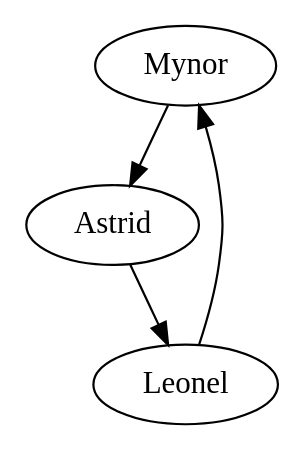
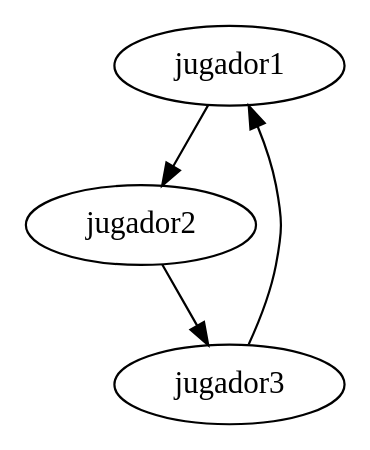
One commit to Mynor16/Practica1s12017_201213197 changed the diagram in src/PLCircular/GraficaListaCircular.dot. Above: the diagram before and after it, drawn with Graphviz. The commit also changed 11 other files, not shown here.

```diff
--- a/src/PLCircular/GraficaListaCircular.dot
+++ b/src/PLCircular/GraficaListaCircular.dot
@@ -1,8 +1,8 @@
 digraph G 
- {Mynor;
-Astrid;
-Leonel;
-Mynor->Astrid;
-Astrid->Leonel;
-Leonel->Mynor;
+ {jugador1;
+jugador2;
+jugador3;
+jugador1->jugador2;
+jugador2->jugador3;
+jugador3->jugador1;
 }
```
